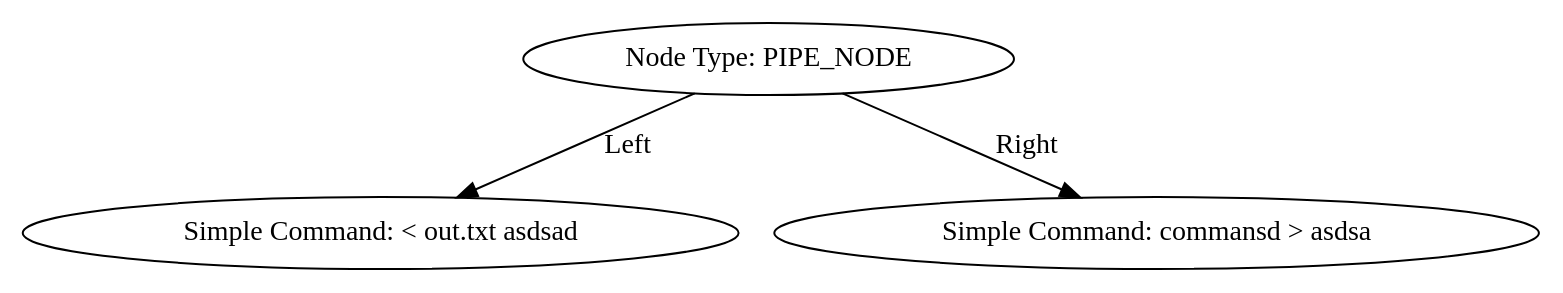
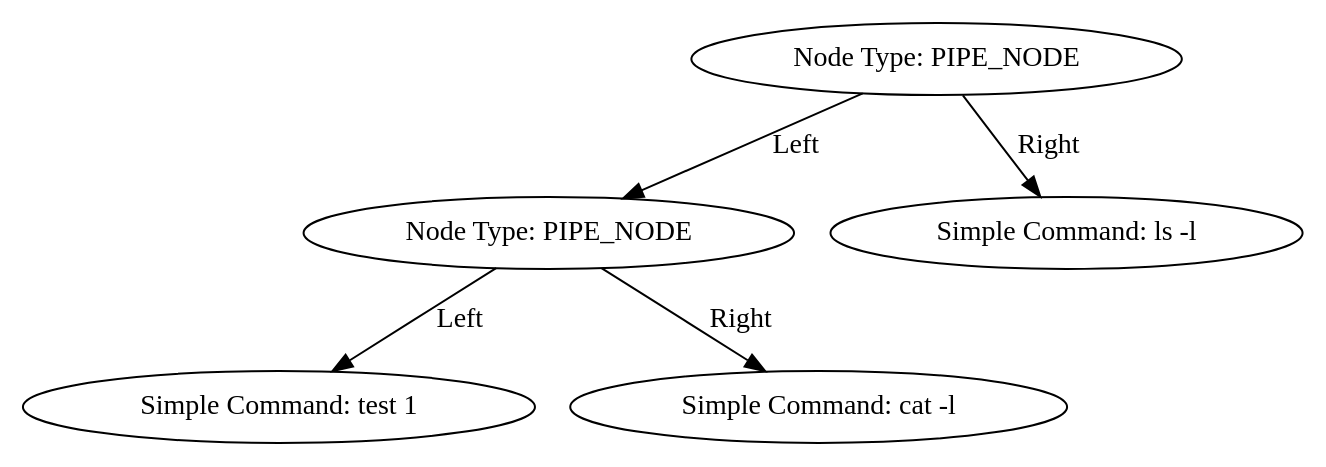
Before and after one commit to jdagz28/Minishell: the diagram in src/parser/ast.dot, drawn with Graphviz. The commit also changed 5 other files, not shown here.

```diff
--- a/src/parser/ast.dot
+++ b/src/parser/ast.dot
@@ -1,7 +1,11 @@
 digraph AST {
-  node0x6030000007f0 [label="Node Type: PIPE_NODE"];
-  node0x603000000790 [label="Simple Command: < out.txt asdsad "];
-  node0x6030000007f0 -> node0x603000000790 [label="Left"];
-  node0x603000000820 [label="Simple Command: commansd > asdsa "];
-  node0x6030000007f0 -> node0x603000000820 [label="Right"];
+  node0x6030000004c0 [label="Node Type: PIPE_NODE"];
+  node0x603000000430 [label="Node Type: PIPE_NODE"];
+  node0x6030000003d0 [label="Simple Command: test 1 "];
+  node0x603000000430 -> node0x6030000003d0 [label="Left"];
+  node0x603000000460 [label="Simple Command: cat -l "];
+  node0x603000000430 -> node0x603000000460 [label="Right"];
+  node0x6030000004c0 -> node0x603000000430 [label="Left"];
+  node0x6030000004f0 [label="Simple Command: ls -l "];
+  node0x6030000004c0 -> node0x6030000004f0 [label="Right"];
 }
```
